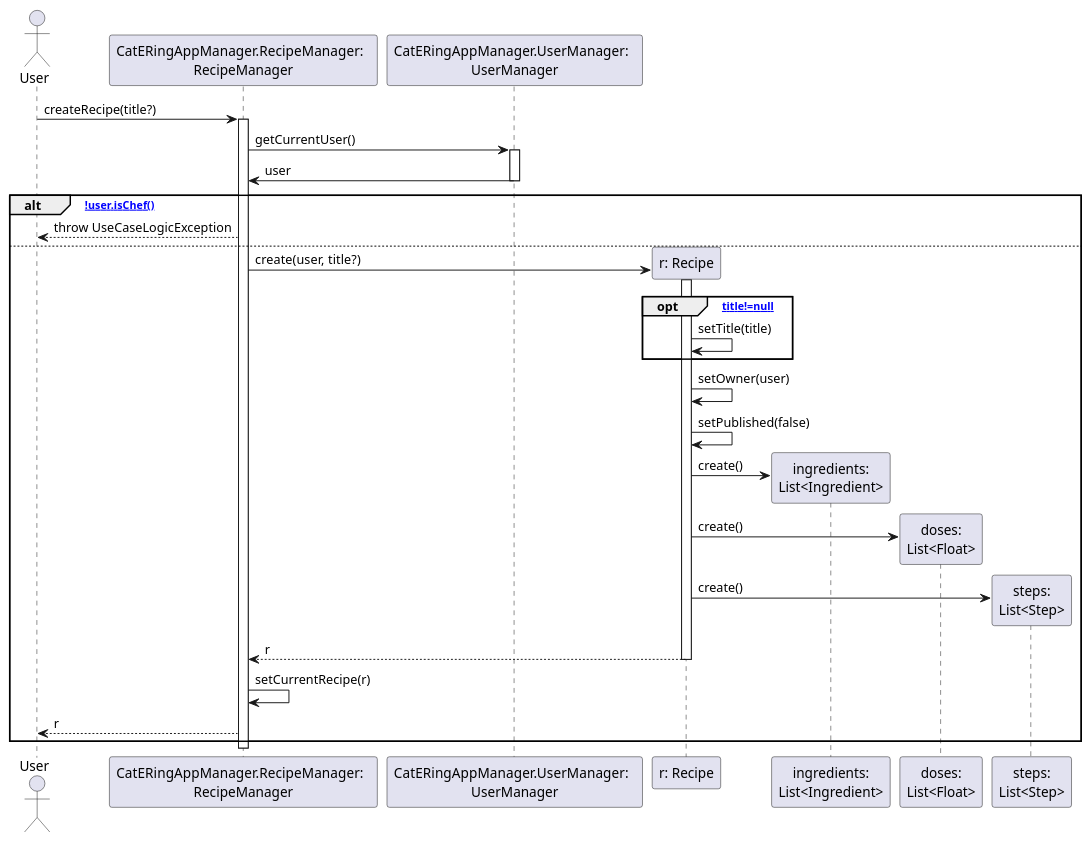
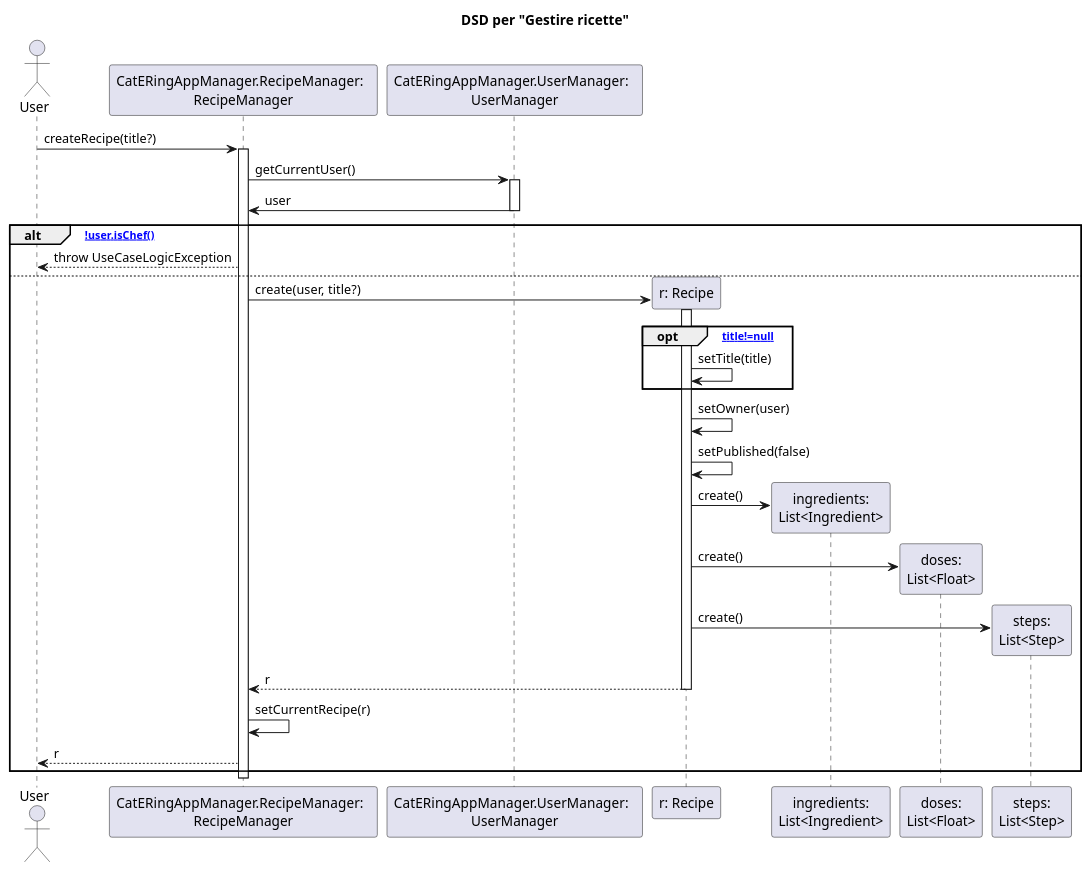
Before and after one commit to m0canu1/sas: the diagram in dsd/dsd-ricette/1-createRecipe.md, drawn with PlantUML. The commit also changed 14 other files, not shown here.

````diff
--- a/dsd/dsd-ricette/1-createRecipe.md
+++ b/dsd/dsd-ricette/1-createRecipe.md
@@ -1,38 +1,40 @@
 ```plantuml
+
+title: DSD per "Gestire ricette"
 
 Actor User
 Participant "CatERingAppManager.RecipeManager:  \nRecipeManager" as RM
 Participant "CatERingAppManager.UserManager:  \nUserManager" as UM
 
 User -> RM:createRecipe(title?)
 activate RM
 RM -> UM:getCurrentUser()
 activate UM
 UM -> RM :user
 deactivate UM
 
 alt [!user.isChef()]
     RM --> User:throw UseCaseLogicException
 else 
     create "r: Recipe"
     RM -> "r: Recipe":create(user, title?)
     activate "r: Recipe"
     opt [title!=null]
         "r: Recipe" -> "r: Recipe":setTitle(title)
     end
     "r: Recipe" -> "r: Recipe":setOwner(user)
     "r: Recipe" -> "r: Recipe":setPublished(false)
     create "ingredients:\nList<Ingredient>"
     "r: Recipe" -> "ingredients:\nList<Ingredient>":create()
     create "doses:\nList<Float>"
     "r: Recipe" -> "doses:\nList<Float>":create()
     create "steps:\nList<Step>"
     "r: Recipe" -> "steps:\nList<Step>":create()
     "r: Recipe" --> RM : r
     deactivate "r: Recipe"
     RM -> RM :setCurrentRecipe(r)
     RM --> User:r
 end
     deactivate RM
 
 ```
````
